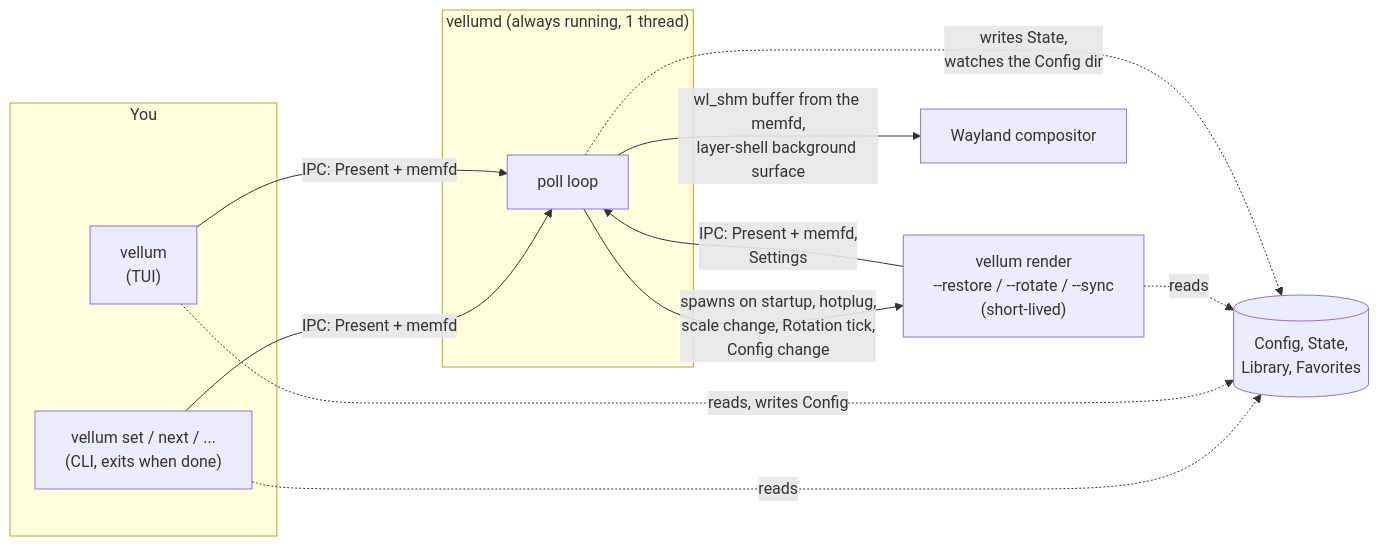
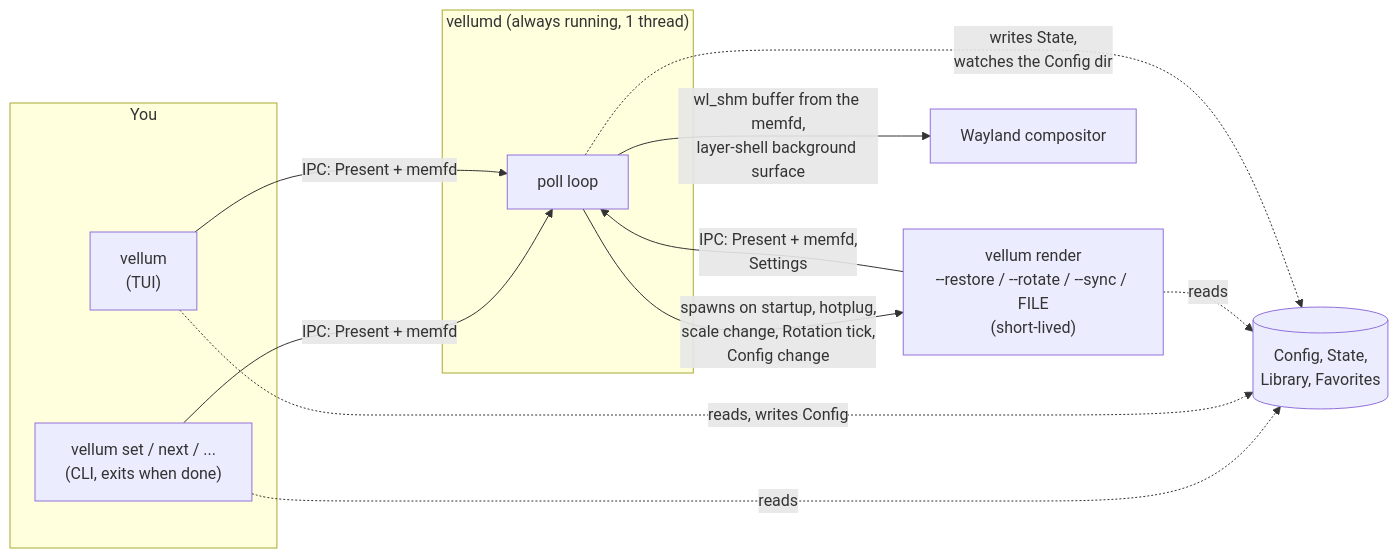
Before and after one commit to CPT-Dawn/Vellum: the first of 2 diagrams in ARCHITECTURE.md, drawn with Mermaid. The commit also changed other lines of this file and 3 other files, not shown here.

````diff
--- a/ARCHITECTURE.md
+++ b/ARCHITECTURE.md
@@ -21,23 +21,23 @@
 ```mermaid
 flowchart LR
     subgraph user["You"]
         cli["vellum set / next / ...<br/>(CLI, exits when done)"]
         tui["vellum<br/>(TUI)"]
     end
     subgraph daemon["vellumd (always running, 1 thread)"]
         loop["poll loop"]
     end
-    render["vellum render<br/>--restore / --rotate / --sync<br/>(short-lived)"]
+    render["vellum render<br/>--restore / --rotate / --sync / FILE<br/>(short-lived)"]
     comp["Wayland compositor"]
     files[("Config, State,<br/>Library, Favorites")]
 
     cli -- "IPC: Present + memfd" --> loop
     tui -- "IPC: Present + memfd" --> loop
     loop -- "spawns on startup, hotplug,<br/>scale change, Rotation tick,<br/>Config change" --> render
     render -- "IPC: Present + memfd,<br/>Settings" --> loop
     loop -- "wl_shm buffer from the memfd,<br/>layer-shell background surface" --> comp
     cli -. reads .-> files
     tui -. reads, writes Config .-> files
     render -. reads .-> files
     loop -. "writes State,<br/>watches the Config dir" .-> files
 ```
````
